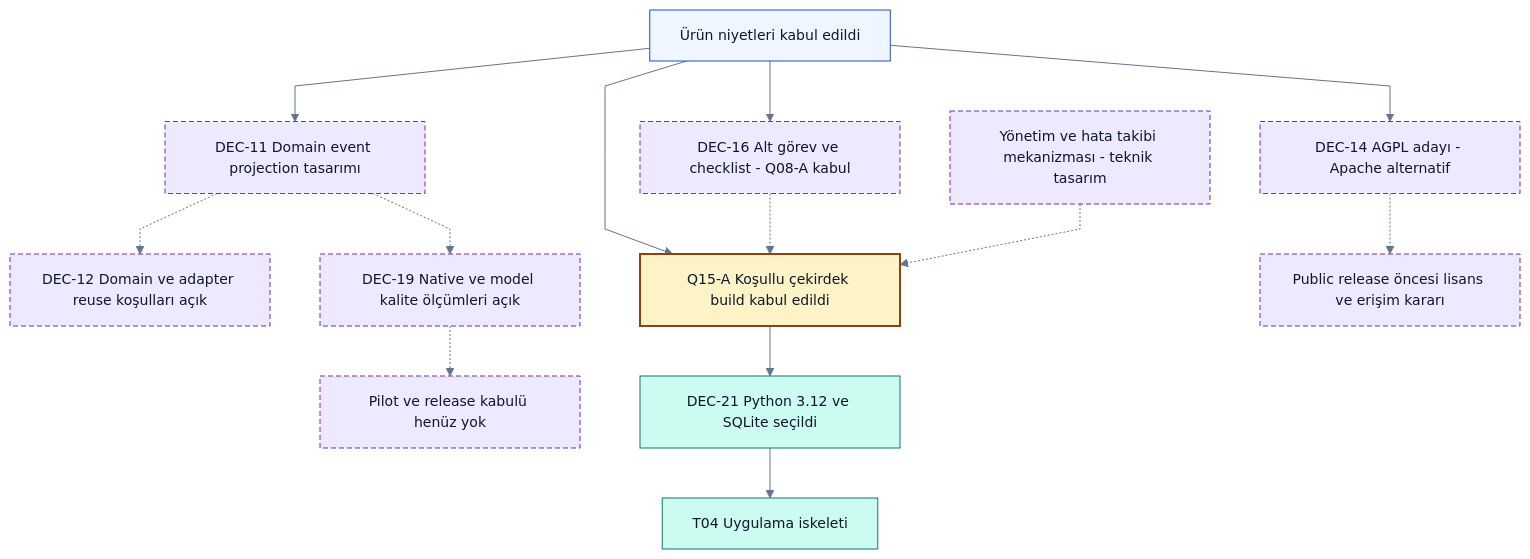
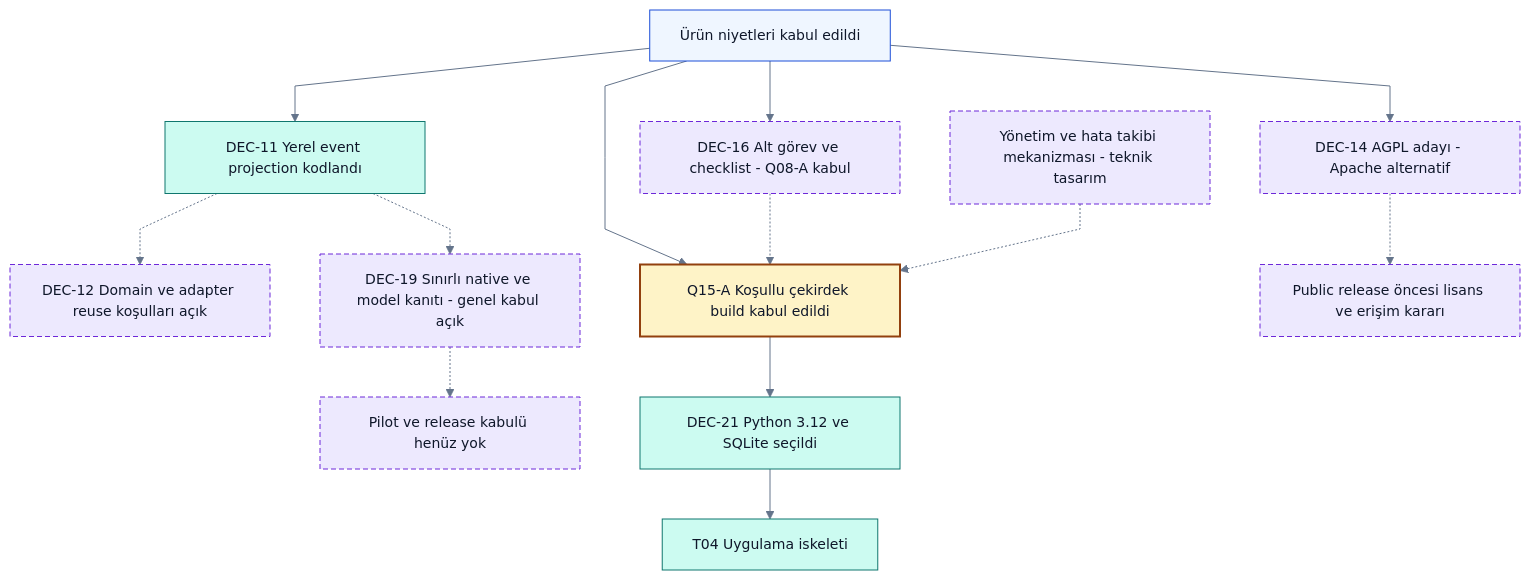
The second of 2 diagrams in docs/product/decision-map.md (alphanAkbulut/decivora), drawn with Mermaid before and after one commit. The commit also changed other lines of this file and 24 other files, not shown here.

````diff
--- a/docs/product/decision-map.md
+++ b/docs/product/decision-map.md
@@ -65,26 +73,26 @@
 ```mermaid
 %%{init: {"theme":"base","themeVariables":{"fontFamily":"Arial, sans-serif","fontSize":"14px","primaryColor":"#eff6ff","primaryTextColor":"#0f172a","primaryBorderColor":"#1d4ed8","lineColor":"#64748b","secondaryColor":"#ccfbf1","tertiaryColor":"#f1f5f9","background":"#ffffff","mainBkg":"#eff6ff","textColor":"#0f172a","clusterBkg":"#f8fafc","clusterBorder":"#94a3b8","edgeLabelBackground":"#ffffff","actorBkg":"#eff6ff","actorTextColor":"#0f172a","actorBorder":"#1d4ed8","signalColor":"#64748b","signalTextColor":"#0f172a","noteBkgColor":"#fef3c7","noteTextColor":"#0f172a","noteBorderColor":"#92400e"},"flowchart":{"htmlLabels":false,"curve":"linear"},"sequence":{"wrap":true},"themeCSS":"background-color:#ffffff;"}}%%
 flowchart TB
     accTitle: Kabul edilmiş çekirdek ve açık ürün kapıları
     accDescr: Karar tablosundaki niyet ve teknik öneriler ayrıdır. Renk accepted teknoloji veya runtime başarısı kanıtı değildir.
-    NEED[Ürün niyetleri kabul edildi] --> CORE[DEC-11 Domain event projection tasarımı]
+    NEED[Ürün niyetleri kabul edildi] --> CORE[DEC-11 Yerel event projection kodlandı]
     CORE -.-> REUSE[DEC-12 Domain ve adapter reuse koşulları açık]
     NEED --> OWNER[Q15-A Koşullu çekirdek build kabul edildi]
     OWNER --> STACK[DEC-21 Python 3.12 ve SQLite seçildi]
     STACK --> APP[T04 Uygulama iskeleti]
-    CORE -.-> TEST[DEC-19 Native ve model kalite ölçümleri açık]
+    CORE -.-> TEST[DEC-19 Sınırlı native ve model kanıtı - genel kabul açık]
     TEST -.-> PILOT[Pilot ve release kabulü henüz yok]
     NEED --> SPLIT[DEC-16 Alt görev ve checklist - Q08-A kabul]
     SPLIT -.-> OWNER
     NEED --> LICENSE[DEC-14 AGPL adayı - Apache alternatif]
     LICENSE -.-> RELEASE[Public release öncesi lisans ve erişim kararı]
     GOV[Yönetim ve hata takibi mekanizması - teknik tasarım] -.-> OWNER
     classDef source fill:#eff6ff,stroke:#1d4ed8,color:#0f172a
     class NEED source
     classDef future fill:#ede9fe,stroke:#6d28d9,color:#0f172a,stroke-dasharray:5 3
-    class CORE,REUSE,TEST,SPLIT,LICENSE,GOV,RELEASE,PILOT future
+    class REUSE,TEST,SPLIT,LICENSE,GOV,RELEASE,PILOT future
     classDef accepted fill:#ccfbf1,stroke:#0f766e,color:#0f172a
-    class STACK,APP accepted
+    class CORE,STACK,APP accepted
     classDef gate fill:#fef3c7,stroke:#92400e,color:#0f172a,stroke-width:2px
     class OWNER gate
 ```
````
